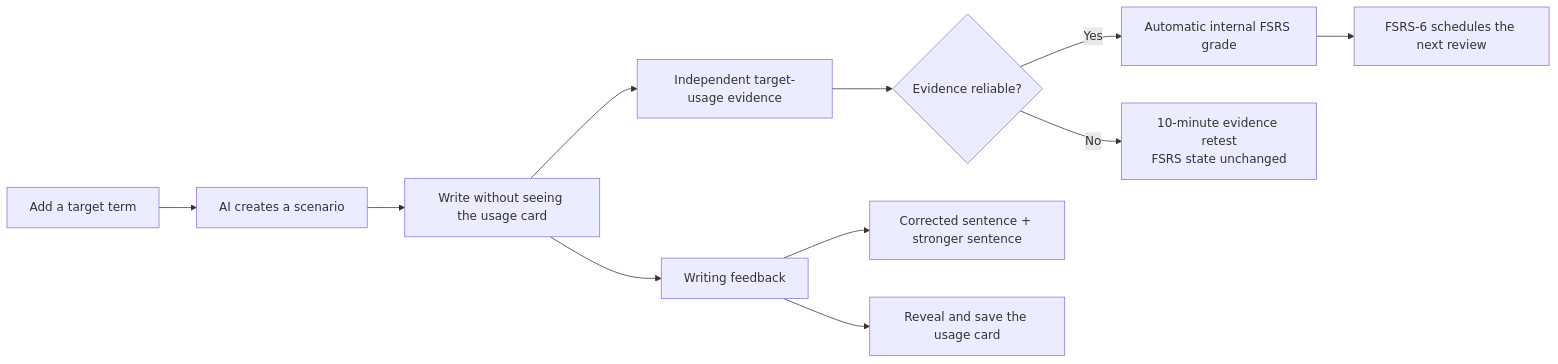
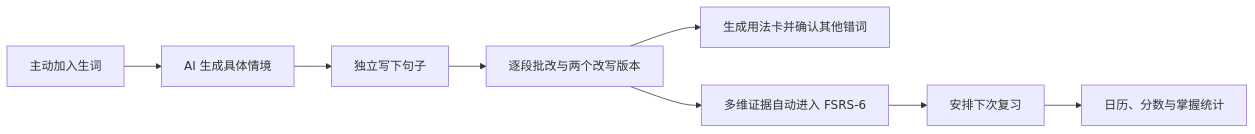
Before and after one commit to ArabidopsisDev/Word2Sentence: the diagram in README.md, drawn with Mermaid. The commit also changed other lines of this file and 85 other files, not shown here.

````diff
--- a/README.md
+++ b/README.md
@@ -70,13 +35,10 @@
 ```mermaid
 flowchart LR
-    A["Add a target term"] --> B["AI creates a scenario"]
-    B --> C["Write without seeing the usage card"]
-    C --> D["Writing feedback"]
-    C --> E["Independent target-usage evidence"]
-    E --> F{"Evidence reliable?"}
-    F -- Yes --> G["Automatic internal FSRS grade"]
-    F -- No --> H["10-minute evidence retest\nFSRS state unchanged"]
-    G --> I["FSRS-6 schedules the next review"]
-    D --> J["Corrected sentence + stronger sentence"]
-    D --> K["Reveal and save the usage card"]
+    A["主动加入生词"] --> B["AI 生成具体情境"]
+    B --> C["独立写下句子"]
+    C --> D["逐段批改与两个改写版本"]
+    D --> E["生成用法卡并确认其他错词"]
+    D --> F["多维证据自动进入 FSRS-6"]
+    F --> G["安排下次复习"]
+    G --> H["日历、分数与掌握统计"]
 ```
````
